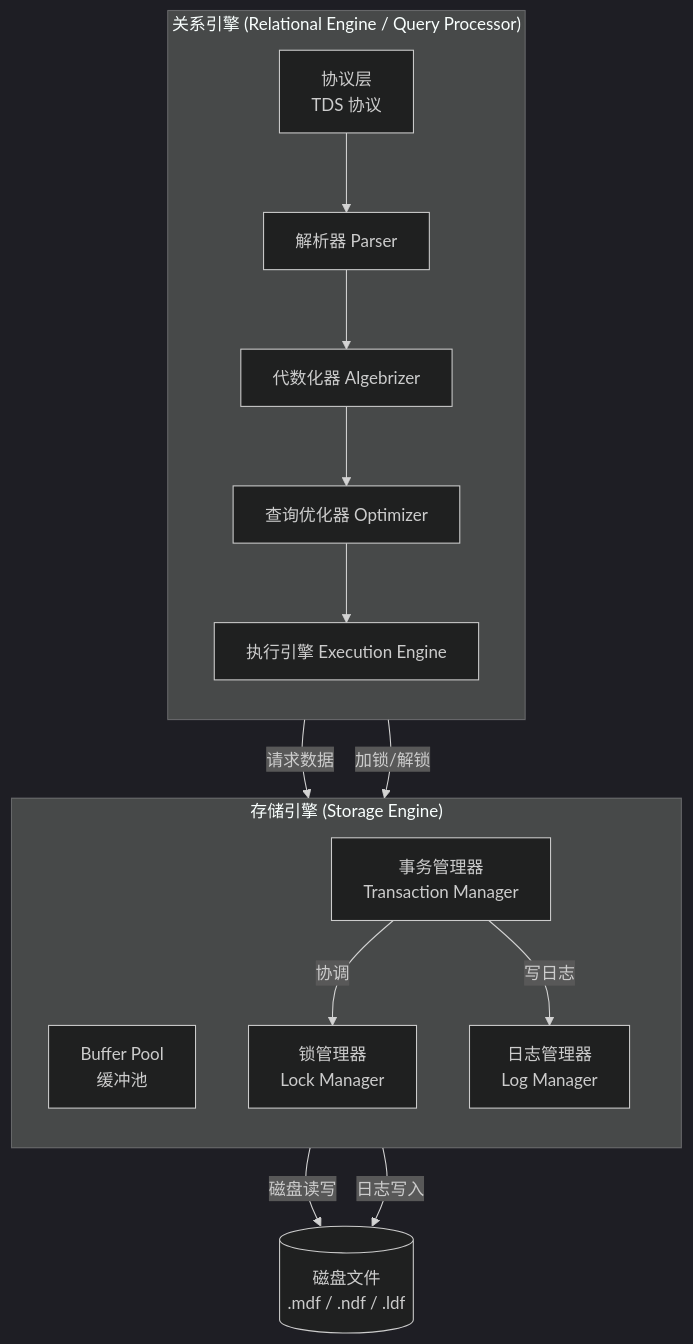
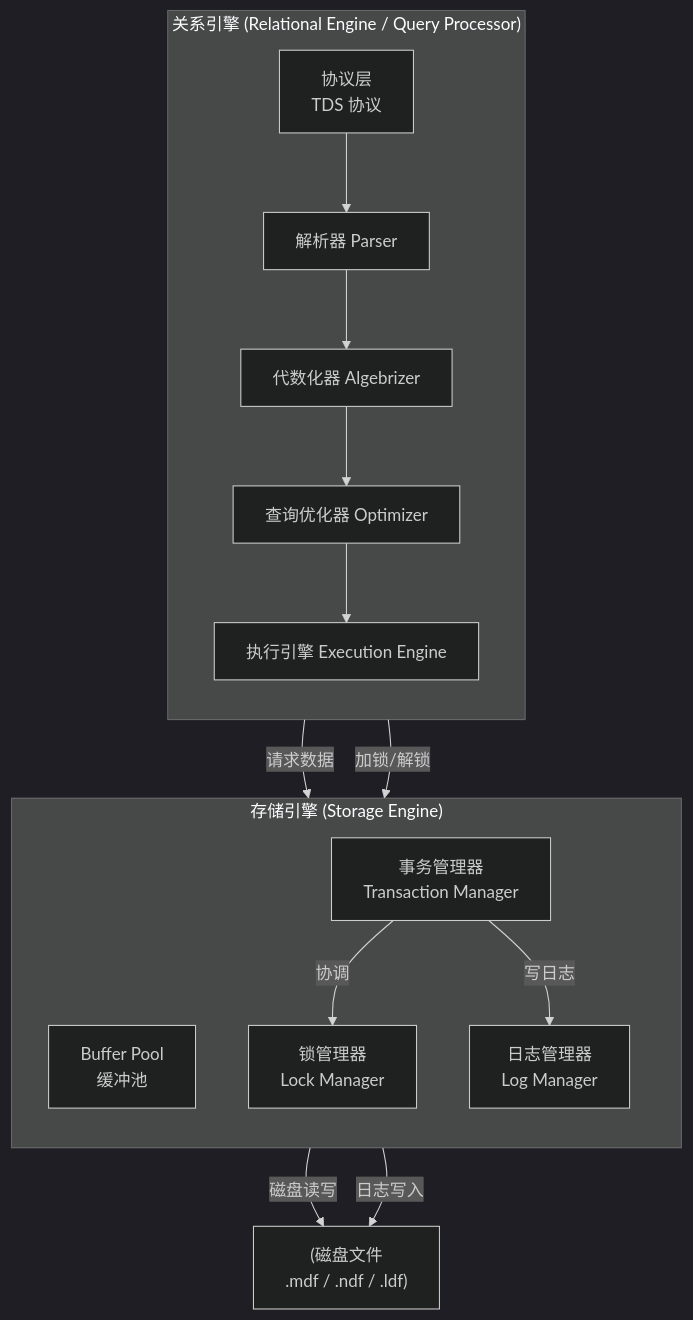
One commit to moklgydocs/moklgydocs.github.io changed the first of 4 diagrams in src/后端开发/数据库/SQLServer/01_基础篇/01_SQLServer架构体系.md. Above: the diagram before and after it, drawn with Mermaid (dark theme). The commit also changed other lines of this file and 178 other files, not shown here.

First line of the commit message:
fix: 修复 mermaid 图表语法错误 - 为含 <br/> 的标签添加引号、修复未闭合引号

````diff
--- a/src/后端开发/数据库/SQLServer/01_基础篇/01_SQLServer架构体系.md
+++ b/src/后端开发/数据库/SQLServer/01_基础篇/01_SQLServer架构体系.md
@@ -24,25 +24,25 @@
 ```mermaid
 flowchart TB
     subgraph 关系引擎["关系引擎 (Relational Engine / Query Processor)"]
         direction TB
-        A[协议层<br/>TDS 协议] --> B[解析器 Parser]
+        A["协议层<br/>TDS 协议"] --> B[解析器 Parser]
         B --> C[代数化器 Algebrizer]
         C --> D[查询优化器 Optimizer]
         D --> E[执行引擎 Execution Engine]
     end
 
     subgraph 存储引擎["存储引擎 (Storage Engine)"]
         direction TB
-        F[Buffer Pool<br/>缓冲池]
-        G[日志管理器<br/>Log Manager]
-        H[锁管理器<br/>Lock Manager]
-        I[事务管理器<br/>Transaction Manager]
+        F["Buffer Pool<br/>缓冲池"]
+        G["日志管理器<br/>Log Manager"]
+        H["锁管理器<br/>Lock Manager"]
+        I["事务管理器<br/>Transaction Manager"]
     end
 
     E -->|请求数据| F
     E -->|加锁/解锁| H
     I -->|协调| H
     I -->|写日志| G
-    F -->|磁盘读写| J[(磁盘文件<br/>.mdf / .ndf / .ldf)]
+    F -->|磁盘读写| J["(磁盘文件<br/>.mdf / .ndf / .ldf)"]
     G -->|日志写入| J
 ```
````
